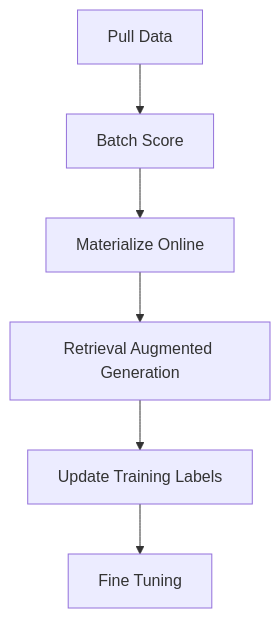
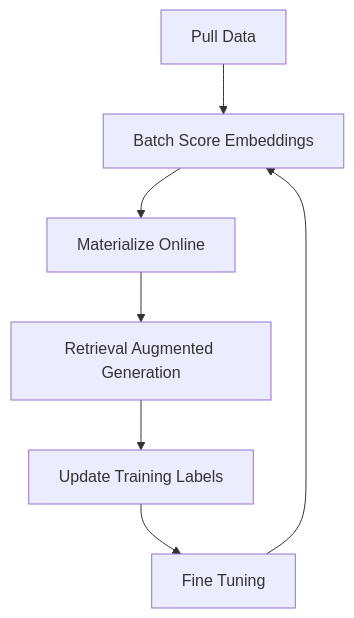
One commit to franciscojavierarceo/Python changed the diagram in demos/feast-rag/README.md. Above: the diagram before and after it, drawn with Mermaid.

````diff
--- a/demos/feast-rag/README.md
+++ b/demos/feast-rag/README.md
@@ -25,8 +25,9 @@
 ```mermaid
 flowchart TD;
-    A[Pull Data] --> B[Batch Score];
+    A[Pull Data] --> B[Batch Score Embeddings];
     B[Batch Score] --> C[Materialize Online];
     C[Materialize Online] --> D[Retrieval Augmented Generation];
     D[Retrieval Augmented Generation] --> E[Update Training Labels];
     E[Update Training Labels] --> F[Fine Tuning];
+    F[Fine Tuning] --> B[Batch Score Embeddings];
 ```
````
